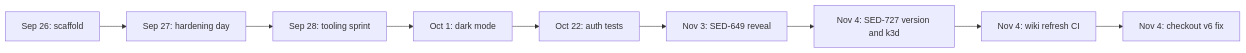
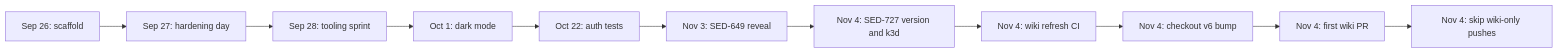
Before and after one commit to factory-aj-pahl/mockingbird-bank: the diagram in droid-wiki/lore.md, drawn with Mermaid. The commit also changed other lines of this file and 7 other files, not shown here.

````diff
--- a/droid-wiki/lore.md
+++ b/droid-wiki/lore.md
@@ -5,11 +5,13 @@
 ```mermaid
 graph LR
     A["Sep 26: scaffold"] --> B["Sep 27: hardening day"]
     B --> C["Sep 28: tooling sprint"]
     C --> D["Oct 1: dark mode"]
     D --> E["Oct 22: auth tests"]
     E --> F["Nov 3: SED-649 reveal"]
     F --> G["Nov 4: SED-727 version and k3d"]
     G --> H["Nov 4: wiki refresh CI"]
-    H --> I["Nov 4: checkout v6 fix"]
+    H --> I["Nov 4: checkout v6 bump"]
+    I --> J["Nov 4: first wiki PR"]
+    J --> K["Nov 4: skip wiki-only pushes"]
 ```
````
